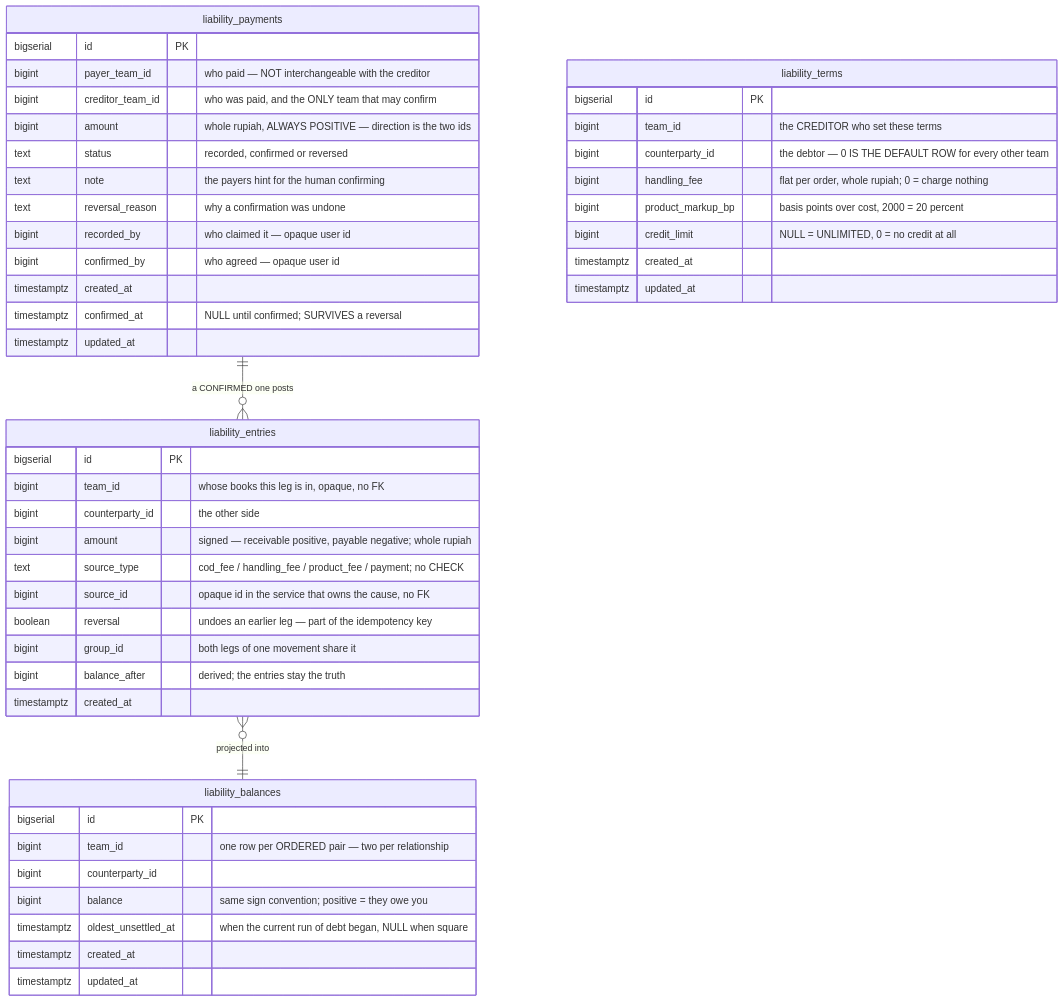
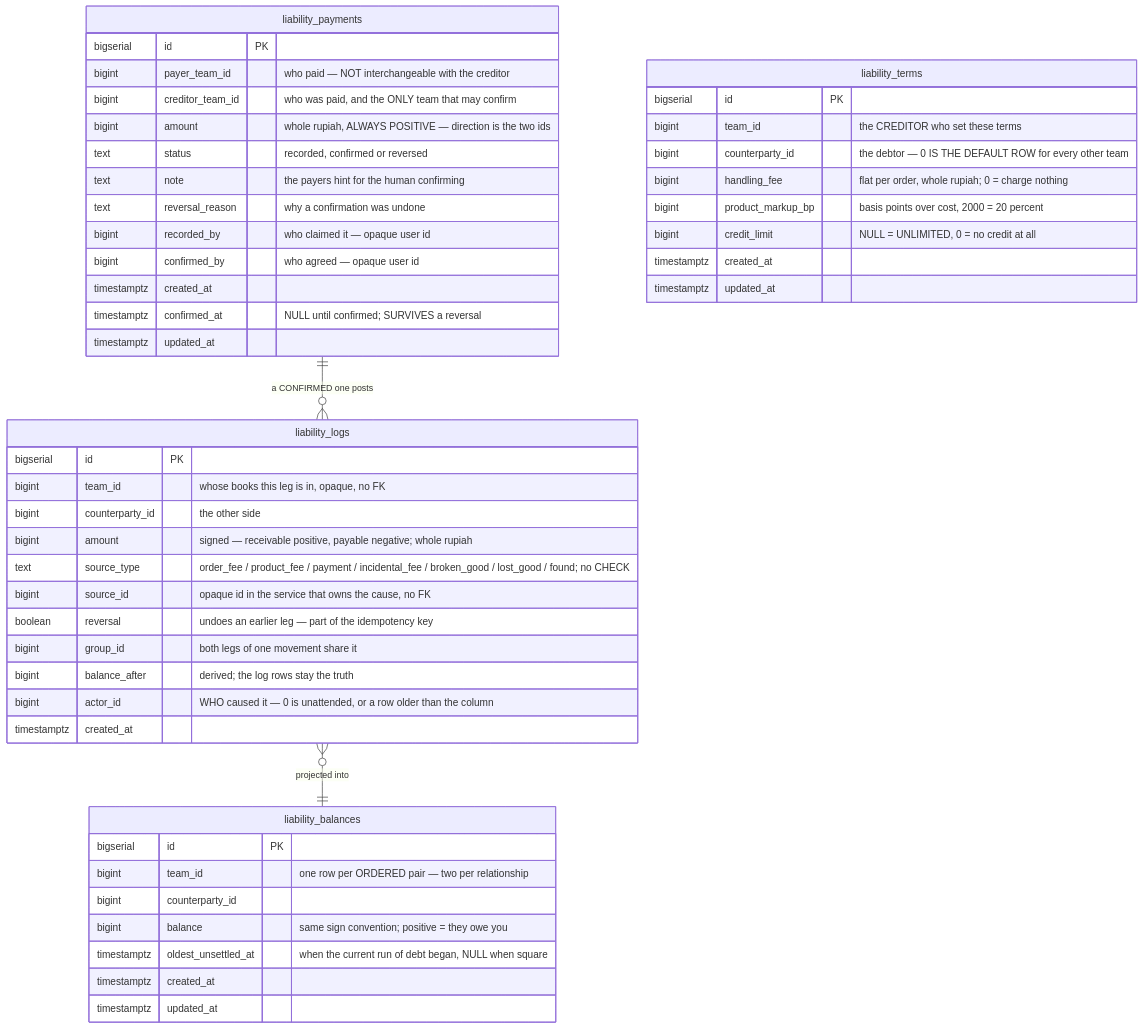
One commit to pdcgo/warehouse_revamp changed diagram 12 of 13 in docs/database-schema.md. Above: the diagram before and after it, drawn with Mermaid. The commit also changed other lines of this file and 54 other files, not shown here.

First line of the commit message:
The ledger speaks the business words, names its actor, and is liability_logs

````diff
--- a/docs/database-schema.md
+++ b/docs/database-schema.md
@@ -1075,53 +1075,54 @@
 ```mermaid
 erDiagram
-    liability_entries }o--|| liability_balances : "projected into"
-    liability_payments ||--o{ liability_entries : "a CONFIRMED one posts"
+    liability_logs }o--|| liability_balances : "projected into"
+    liability_payments ||--o{ liability_logs : "a CONFIRMED one posts"
     liability_terms {
         bigserial   id                PK
         bigint      team_id           "the CREDITOR who set these terms"
         bigint      counterparty_id   "the debtor — 0 IS THE DEFAULT ROW for every other team"
         bigint      handling_fee      "flat per order, whole rupiah; 0 = charge nothing"
         bigint      product_markup_bp "basis points over cost, 2000 = 20 percent"
         bigint      credit_limit      "NULL = UNLIMITED, 0 = no credit at all"
         timestamptz created_at
         timestamptz updated_at
     }
 
-    liability_entries {
+    liability_logs {
         bigserial   id              PK
         bigint      team_id         "whose books this leg is in, opaque, no FK"
         bigint      counterparty_id "the other side"
         bigint      amount          "signed — receivable positive, payable negative; whole rupiah"
-        text        source_type     "cod_fee / handling_fee / product_fee / payment; no CHECK"
+        text        source_type     "order_fee / product_fee / payment / incidental_fee / broken_good / lost_good / found; no CHECK"
         bigint      source_id       "opaque id in the service that owns the cause, no FK"
         boolean     reversal        "undoes an earlier leg — part of the idempotency key"
         bigint      group_id        "both legs of one movement share it"
-        bigint      balance_after   "derived; the entries stay the truth"
+        bigint      balance_after   "derived; the log rows stay the truth"
+        bigint      actor_id        "WHO caused it — 0 is unattended, or a row older than the column"
         timestamptz created_at
     }
 
     liability_balances {
         bigserial   id                  PK
         bigint      team_id             "one row per ORDERED pair — two per relationship"
         bigint      counterparty_id
         bigint      balance             "same sign convention; positive = they owe you"
         timestamptz oldest_unsettled_at "when the current run of debt began, NULL when square"
         timestamptz created_at
         timestamptz updated_at
     }
 
     liability_payments {
         bigserial   id               PK
         bigint      payer_team_id    "who paid — NOT interchangeable with the creditor"
         bigint      creditor_team_id "who was paid, and the ONLY team that may confirm"
         bigint      amount           "whole rupiah, ALWAYS POSITIVE — direction is the two ids"
         text        status           "recorded, confirmed or reversed"
         text        note             "the payers hint for the human confirming"
         text        reversal_reason  "why a confirmation was undone"
         bigint      recorded_by      "who claimed it — opaque user id"
         bigint      confirmed_by     "who agreed — opaque user id"
         timestamptz created_at
         timestamptz confirmed_at     "NULL until confirmed; SURVIVES a reversal"
         timestamptz updated_at
     }
 ```
````
